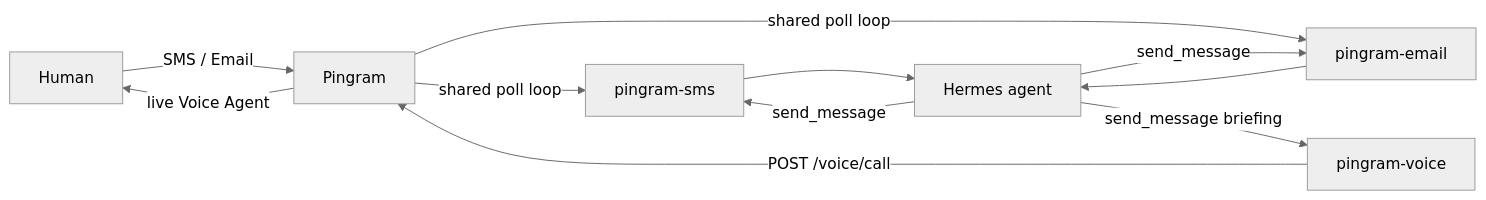
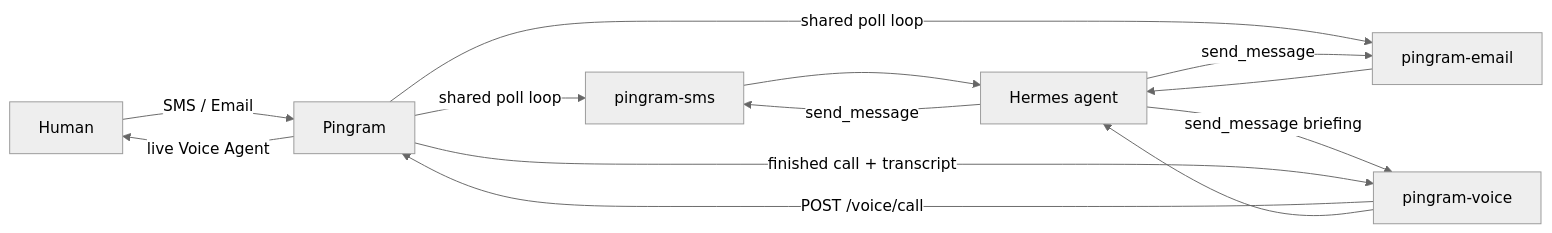
Before and after one commit to pingram-io/hermes-gateway: the diagram in README.md, drawn with Mermaid (neutral theme). The commit also changed other lines of this file and 6 other files, not shown here.

First line of the commit message:
Feed finished Voice Agent calls back into Hermes

````diff
--- a/README.md
+++ b/README.md
@@ -17,13 +19,15 @@
 ```mermaid
 flowchart LR
   human["Human"] -->|"SMS / Email"| pingram["Pingram"]
   pingram -->|"shared poll loop"| sms["pingram-sms"]
   pingram -->|"shared poll loop"| email["pingram-email"]
   sms --> agent["Hermes agent"]
   email --> agent
   agent -->|"send_message"| sms
   agent -->|"send_message"| email
   agent -->|"send_message briefing"| voice["pingram-voice"]
   voice -->|"POST /voice/call"| pingram
   pingram -->|"live Voice Agent"| human
+  pingram -->|"finished call + transcript"| voice
+  voice --> agent
 ```
````
